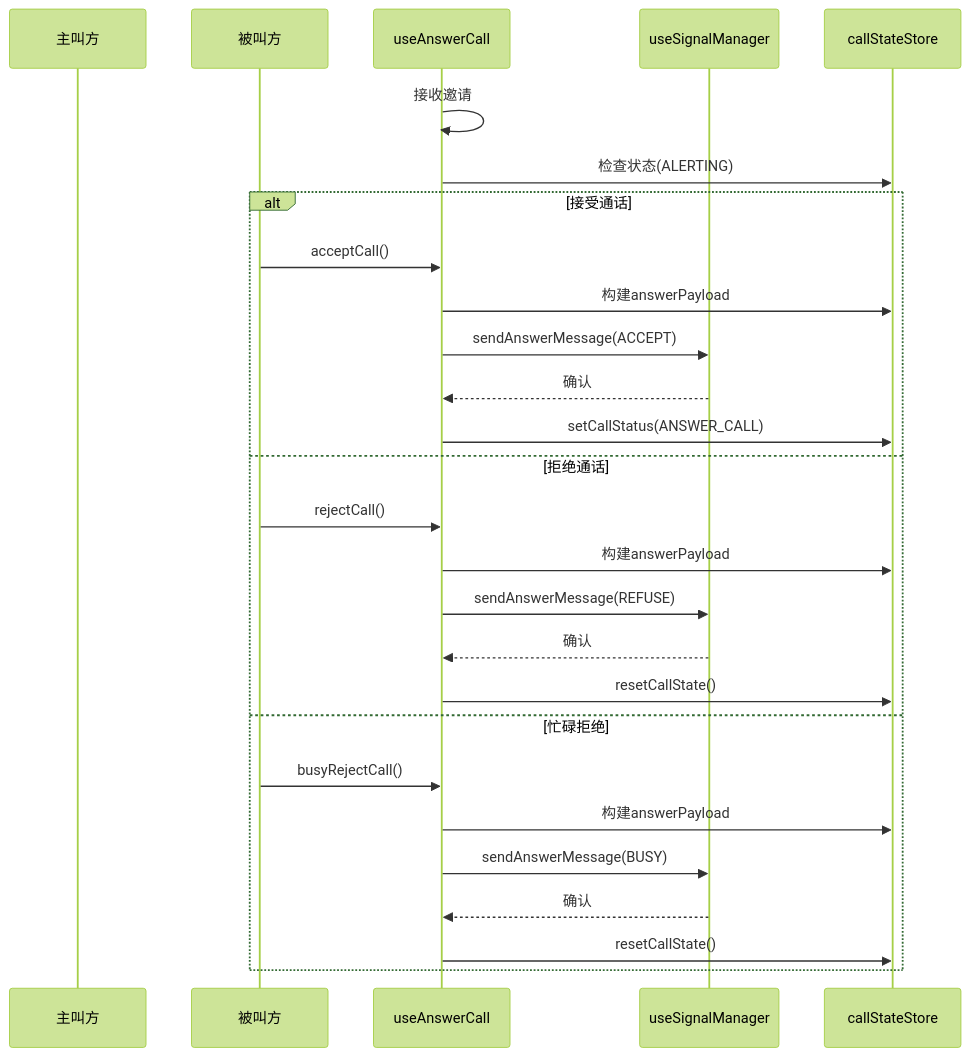
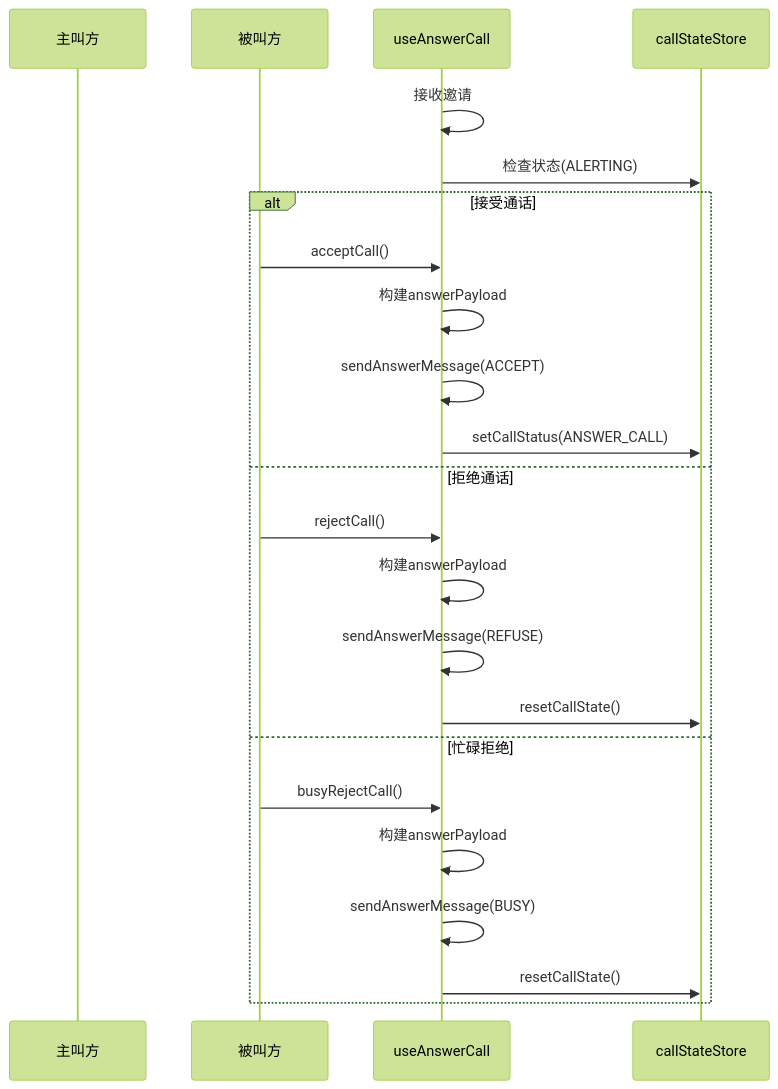
Before and after one commit to Easemob-Community/easemob-uikit-callkit-vue3: the fourth of 8 diagrams in .qoder/repowiki/zh/content/组合式 API/通话控制 API.md, drawn with Mermaid (forest theme). The commit also changed other lines of this file and 40 other files, not shown here.

````diff
--- a/.qoder/repowiki/zh/content/组合式 API/通话控制 API.md
+++ b/.qoder/repowiki/zh/content/组合式 API/通话控制 API.md
@@ -405,29 +301,25 @@
 ```mermaid
 sequenceDiagram
 participant Caller as 主叫方
 participant Callee as 被叫方
 participant AC as useAnswerCall
-participant SM as useSignalManager
 participant CSS as callStateStore
 AC->>AC : 接收邀请
 AC->>CSS : 检查状态(ALERTING)
 alt 接受通话
 Callee->>AC : acceptCall()
-AC->>CSS : 构建answerPayload
-AC->>SM : sendAnswerMessage(ACCEPT)
-SM-->>AC : 确认
+AC->>AC : 构建answerPayload
+AC->>AC : sendAnswerMessage(ACCEPT)
 AC->>CSS : setCallStatus(ANSWER_CALL)
 else 拒绝通话
 Callee->>AC : rejectCall()
-AC->>CSS : 构建answerPayload
-AC->>SM : sendAnswerMessage(REFUSE)
-SM-->>AC : 确认
+AC->>AC : 构建answerPayload
+AC->>AC : sendAnswerMessage(REFUSE)
 AC->>CSS : resetCallState()
 else 忙碌拒绝
 Callee->>AC : busyRejectCall()
-AC->>CSS : 构建answerPayload
-AC->>SM : sendAnswerMessage(BUSY)
-SM-->>AC : 确认
+AC->>AC : 构建answerPayload
+AC->>AC : sendAnswerMessage(BUSY)
 AC->>CSS : resetCallState()
 end
 ```
````
